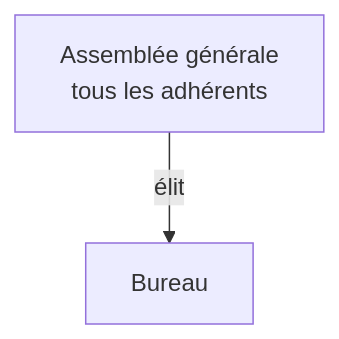
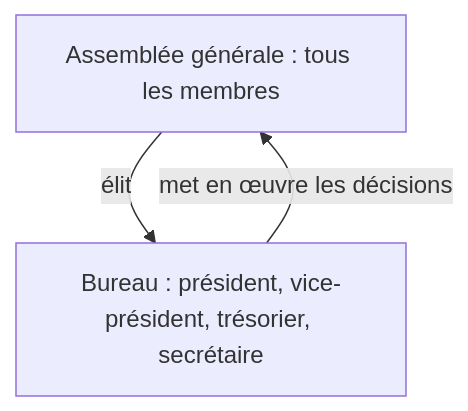
The second of 2 diagrams in R1.08 – Intro. Gestion Orga/Ch4 – Les OBNL (organisations à but non lucratif).md (netameow/mes-cours), drawn with Mermaid before and after one commit. The commit also changed other lines of this file and 7 other files, not shown here.

````diff
--- a/R1.08 – Intro. Gestion Orga/Ch4 – Les OBNL (organisations à but non lucratif).md
+++ b/R1.08 – Intro. Gestion Orga/Ch4 – Les OBNL (organisations à but non lucratif).md
@@ -89,4 +158,5 @@
 ```mermaid
 flowchart TD
-  AG["Assemblée générale<br>tous les adhérents"] -- "élit" --> B["Bureau"]
+  AG["Assemblée générale : tous les membres"] -- "élit" --> B["Bureau : président, vice-président, trésorier, secrétaire"]
+  B -- "met en œuvre les décisions" --> AG
 ```
````
